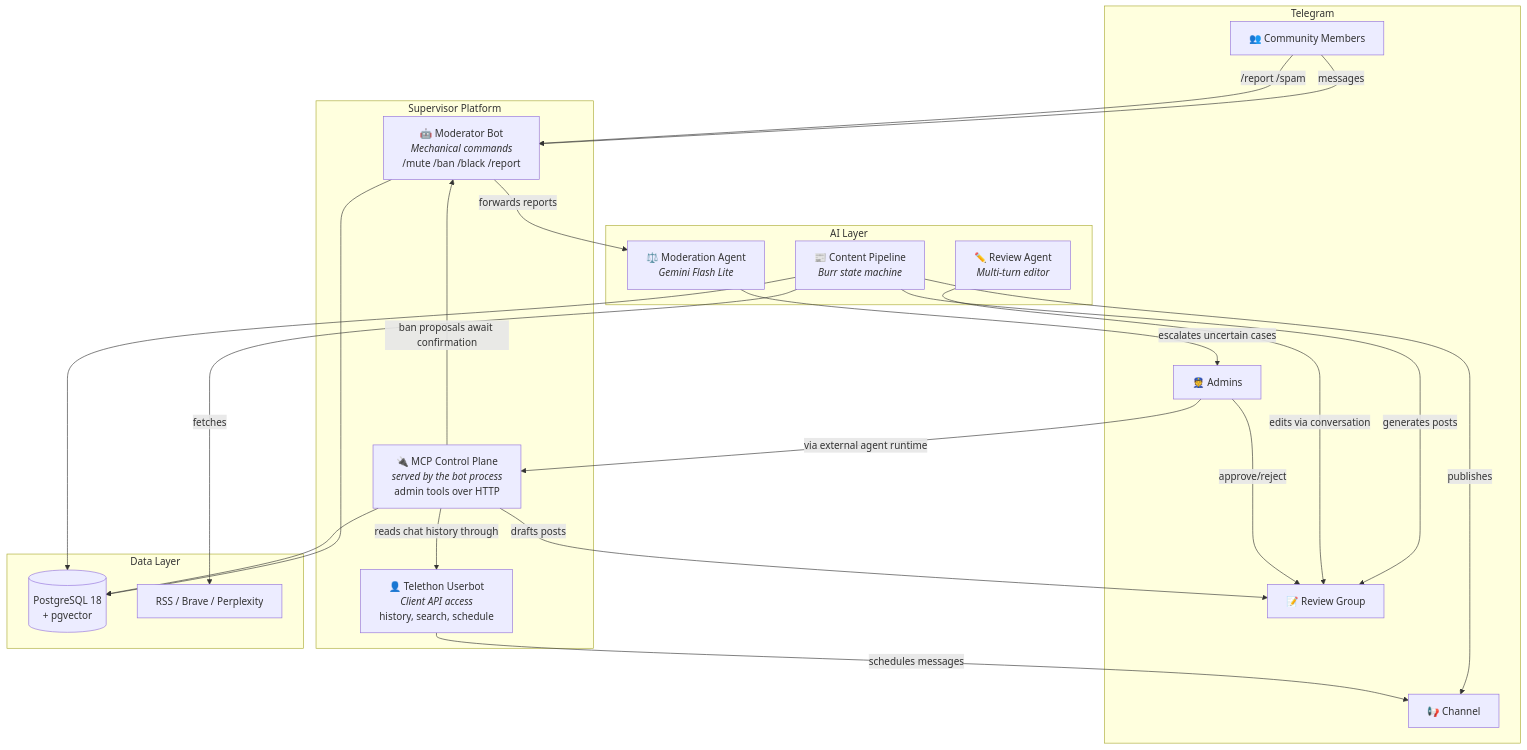
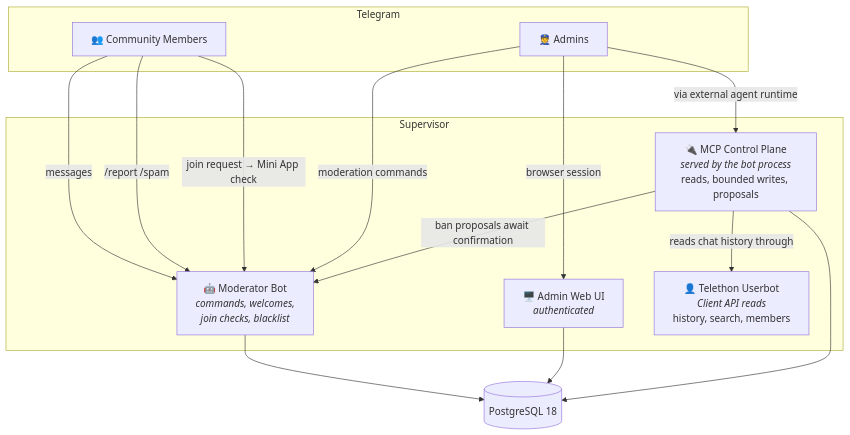
The diagram in README.md (vsem-azamat/supervisor-telegram), drawn with Mermaid before and after one commit. The commit also changed other lines of this file and 205 other files, not shown here.

First line of the commit message:
refactor: cut the repository back to a working moderator bot

````diff
--- a/README.md
+++ b/README.md
@@ -54,44 +36,28 @@
 ```mermaid
 graph TB
     subgraph Telegram["Telegram"]
         Users["👥 Community Members"]
         Admins["👮 Admins"]
-        Channel["📢 Channel"]
-        ReviewGroup["📝 Review Group"]
     end
 
-    subgraph System["Supervisor Platform"]
-        ModBot["🤖 Moderator Bot<br/><i>Mechanical commands</i><br/>/mute /ban /black /report"]
-        MCP["🔌 MCP Control Plane<br/><i>served by the bot process</i><br/>admin tools over HTTP"]
-        Userbot["👤 Telethon Userbot<br/><i>Client API access</i><br/>history, search, schedule"]
+    subgraph System["Supervisor"]
+        ModBot["🤖 Moderator Bot<br/><i>commands, welcomes,<br/>join checks, blacklist</i>"]
+        MCP["🔌 MCP Control Plane<br/><i>served by the bot process</i><br/>reads, bounded writes, proposals"]
+        WebUI["🖥️ Admin Web UI<br/><i>authenticated</i>"]
+        Userbot["👤 Telethon Userbot<br/><i>Client API reads</i><br/>history, search, members"]
     end
 
-    subgraph AI["AI Layer"]
-        ModAgent["⚖️ Moderation Agent<br/><i>Gemini Flash Lite</i>"]
-        Pipeline["📰 Content Pipeline<br/><i>Burr state machine</i>"]
-        ReviewAgent["✏️ Review Agent<br/><i>Multi-turn editor</i>"]
-    end
-
-    subgraph Data["Data Layer"]
-        PG[("PostgreSQL 18<br/>+ pgvector")]
-        Sources["RSS / Brave / Perplexity"]
-    end
+    PG[("PostgreSQL 18")]
 
     Users -->|messages| ModBot
     Users -->|/report /spam| ModBot
+    Users -->|join request → Mini App check| ModBot
+    Admins -->|moderation commands| ModBot
+    Admins -->|browser session| WebUI
     Admins -->|via external agent runtime| MCP
-    ModBot -->|forwards reports| ModAgent
-    ModAgent -->|escalates uncertain cases| Admins
-    MCP -->|drafts posts| ReviewGroup
     MCP -->|ban proposals await confirmation| ModBot
     MCP -->|reads chat history through| Userbot
-    Pipeline -->|fetches| Sources
-    Pipeline -->|generates posts| ReviewGroup
-    ReviewAgent -->|edits via conversation| ReviewGroup
-    Admins -->|approve/reject| ReviewGroup
-    Pipeline -->|publishes| Channel
-    Userbot -->|schedules messages| Channel
     ModBot --> PG
+    WebUI --> PG
     MCP --> PG
-    Pipeline --> PG
 ```
````
